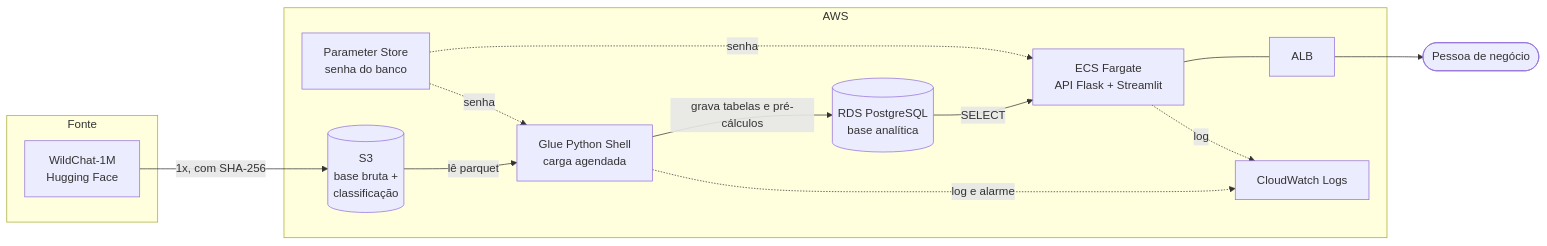
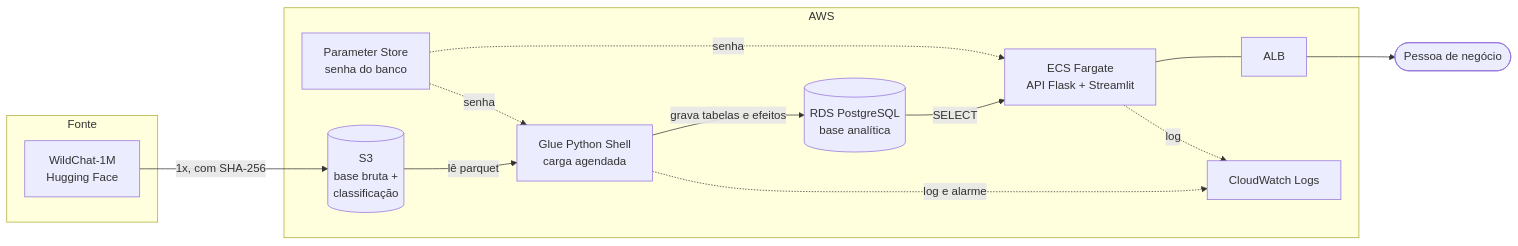
Before and after one commit to nevidomyyb/acaso: the diagram in docs/ARQUITETURA.md, drawn with Mermaid. The commit also changed other lines of this file and 14 other files, not shown here.

````diff
--- a/docs/ARQUITETURA.md
+++ b/docs/ARQUITETURA.md
@@ -13,27 +13,27 @@
 ```mermaid
 flowchart LR
     subgraph fonte["Fonte"]
         HF["WildChat-1M<br/>Hugging Face"]
     end
     subgraph aws["AWS"]
         S3[("S3<br/>base bruta +<br/>classificação")]
         GLUE["Glue Python Shell<br/>carga agendada"]
         RDS[("RDS PostgreSQL<br/>base analítica")]
         FG["ECS Fargate<br/>API Flask + Streamlit"]
         ALB["ALB"]
         CW["CloudWatch Logs"]
         PS["Parameter Store<br/>senha do banco"]
     end
     PESSOA(["Pessoa de negócio"])
 
     HF -->|"1x, com SHA-256"| S3
     S3 -->|lê parquet| GLUE
-    GLUE -->|grava tabelas e pré-cálculos| RDS
+    GLUE -->|grava tabelas e efeitos| RDS
     RDS -->|SELECT| FG
     FG --- ALB
     ALB --> PESSOA
     GLUE -.->|log e alarme| CW
     FG -.->|log| CW
     PS -.->|senha| GLUE
     PS -.->|senha| FG
 ```
````
